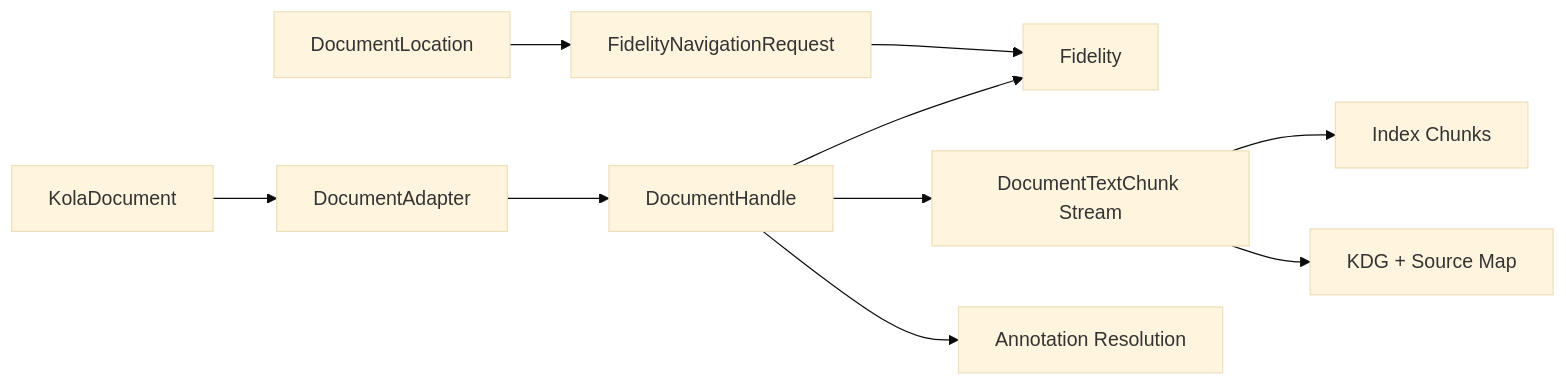
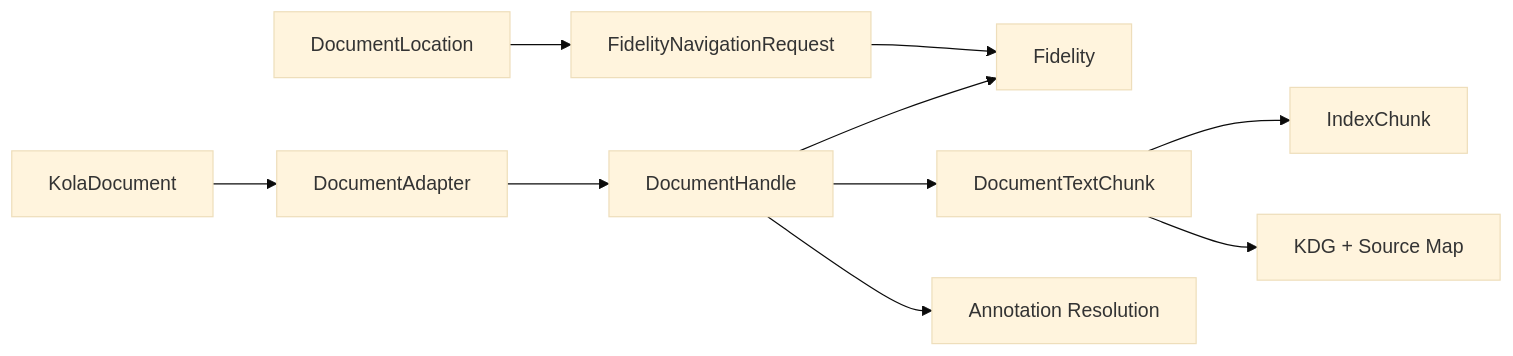
The tenth of 14 diagrams in docs/PROJECT_GRAPH.md (aaditya140103/kola), drawn with Mermaid (base theme) before and after one commit. The commit also changed other lines of this file, not shown here.

Commit message:
Document annotation management data flow

````diff
--- a/docs/PROJECT_GRAPH.md
+++ b/docs/PROJECT_GRAPH.md
@@ -180,10 +179,10 @@
 ```mermaid
 flowchart LR
     Doc[KolaDocument] --> Adapter[DocumentAdapter] --> Handle[DocumentHandle]
     Handle --> Fidelity[Fidelity]
-    Handle --> Text[DocumentTextChunk Stream]
-    Text --> Index[Index Chunks]
+    Handle --> Text[DocumentTextChunk]
+    Text --> Index[IndexChunk]
     Text --> KDG[KDG + Source Map]
     Handle --> Resolve[Annotation Resolution]
     Location[DocumentLocation] --> Request[FidelityNavigationRequest] --> Fidelity
 ```
````
